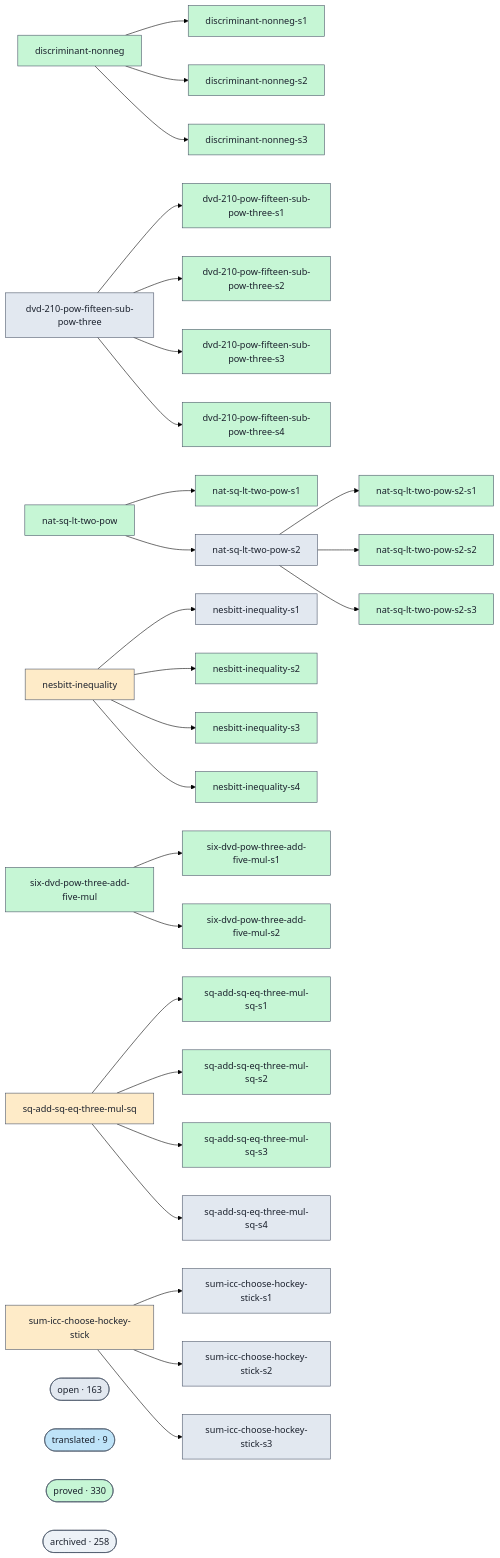
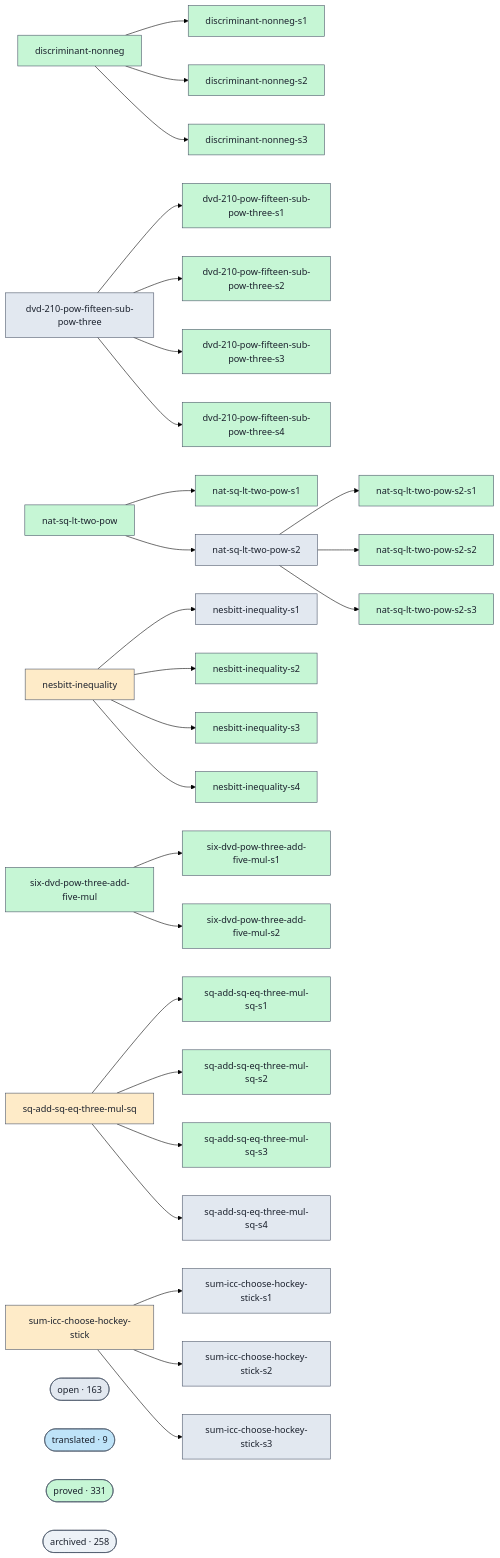
The diagram in docs/proofs-contributors-visualisation.md (ohdearquant/unsorry), drawn with Mermaid (forest theme) before and after one commit. The commit also changed other lines of this file and 2 other files, not shown here.

```diff
--- a/docs/proofs-contributors-visualisation.md
+++ b/docs/proofs-contributors-visualisation.md
@@ -147,7 +147,7 @@
   class cluster_open open;
   cluster_translated(["translated · 9"])
   class cluster_translated translated;
-  cluster_proved(["proved · 330"])
+  cluster_proved(["proved · 331"])
   class cluster_proved proved;
   cluster_archived(["archived · 258"])
   class cluster_archived unknown;
```
